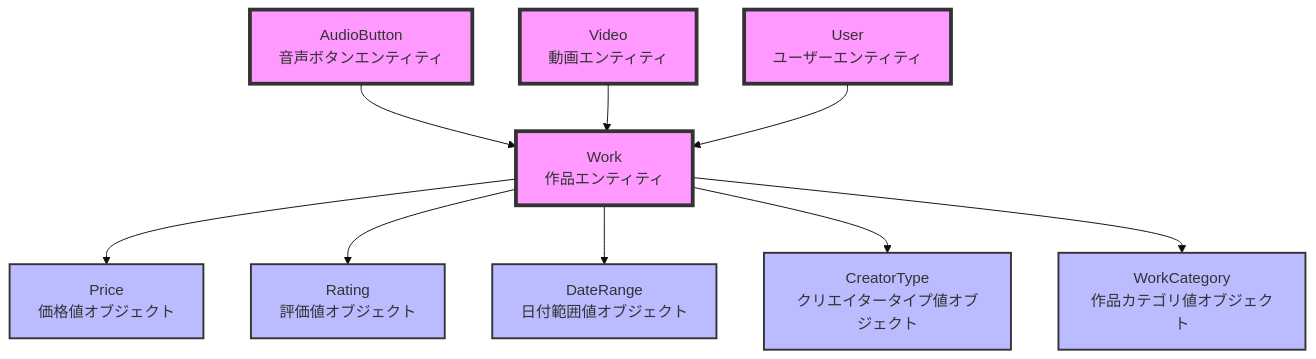
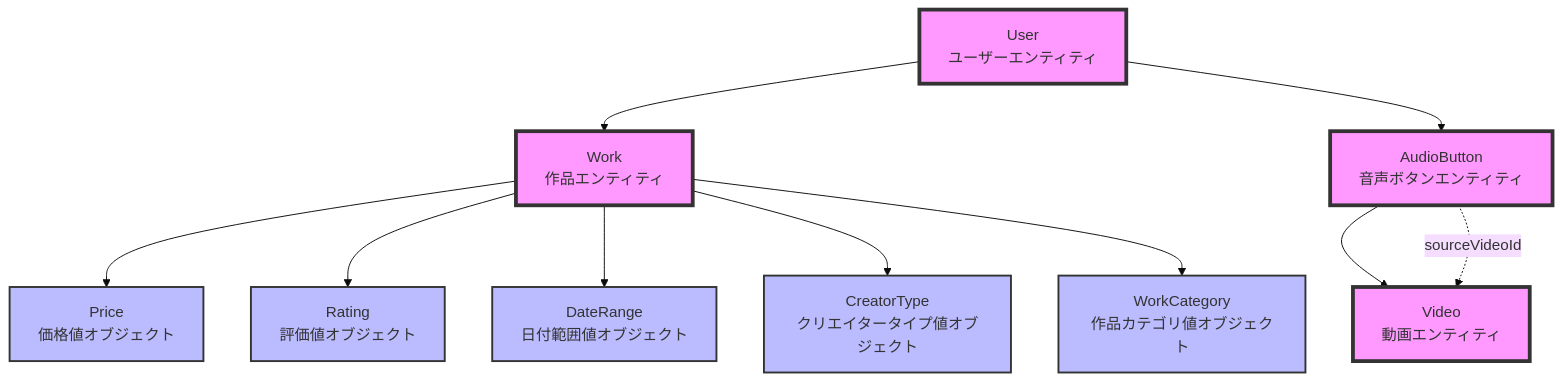
The first of 16 diagrams in docs/DOMAIN_MODEL.md (nothink-jp/suzumina.click), drawn with Mermaid (base theme) before and after one commit. The commit also changed other lines of this file and 8 other files, not shown here.

````diff
--- a/docs/DOMAIN_MODEL.md
+++ b/docs/DOMAIN_MODEL.md
@@ -18,38 +18,39 @@
 ```mermaid
 graph TB
     %% エンティティ
     Work[Work<br/>作品エンティティ]
     User[User<br/>ユーザーエンティティ]
     AudioButton[AudioButton<br/>音声ボタンエンティティ]
     Video[Video<br/>動画エンティティ]
     
     %% 値オブジェクト
     Price[Price<br/>価格値オブジェクト]
     Rating[Rating<br/>評価値オブジェクト]
     DateRange[DateRange<br/>日付範囲値オブジェクト]
     CreatorType[CreatorType<br/>クリエイタータイプ値オブジェクト]
     WorkCategory[WorkCategory<br/>作品カテゴリ値オブジェクト]
     
     %% 関係性
     Work --> Price
     Work --> Rating
     Work --> DateRange
     Work --> CreatorType
     Work --> WorkCategory
     
-    AudioButton --> Work
-    Video --> Work
+    AudioButton --> Video
+    AudioButton -.->|sourceVideoId| Video
     
     User --> Work
+    User --> AudioButton
     
     style Work fill:#f9f,stroke:#333,stroke-width:4px
     style User fill:#f9f,stroke:#333,stroke-width:4px
     style AudioButton fill:#f9f,stroke:#333,stroke-width:4px
     style Video fill:#f9f,stroke:#333,stroke-width:4px
     
     style Price fill:#bbf,stroke:#333,stroke-width:2px
     style Rating fill:#bbf,stroke:#333,stroke-width:2px
     style DateRange fill:#bbf,stroke:#333,stroke-width:2px
     style CreatorType fill:#bbf,stroke:#333,stroke-width:2px
     style WorkCategory fill:#bbf,stroke:#333,stroke-width:2px
 ```
````
